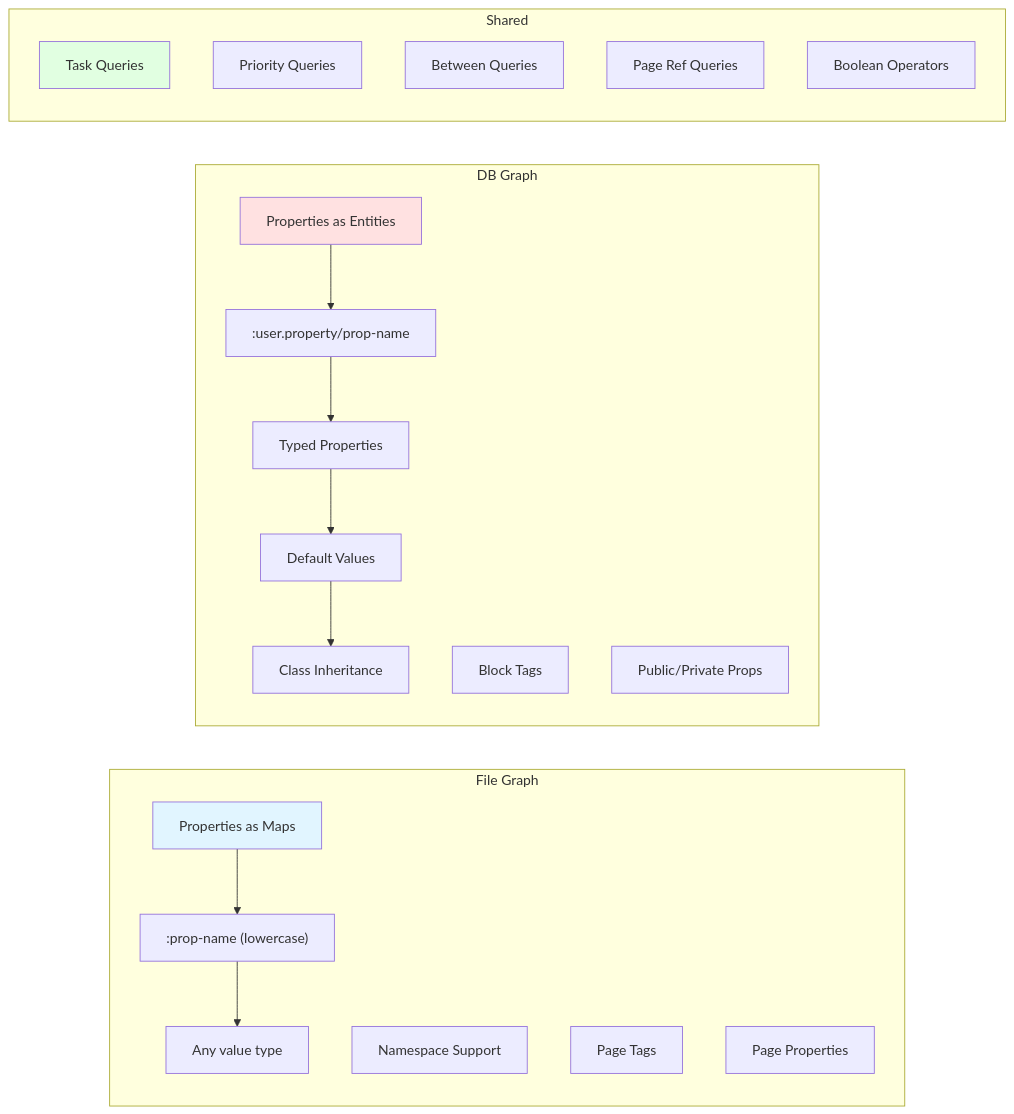
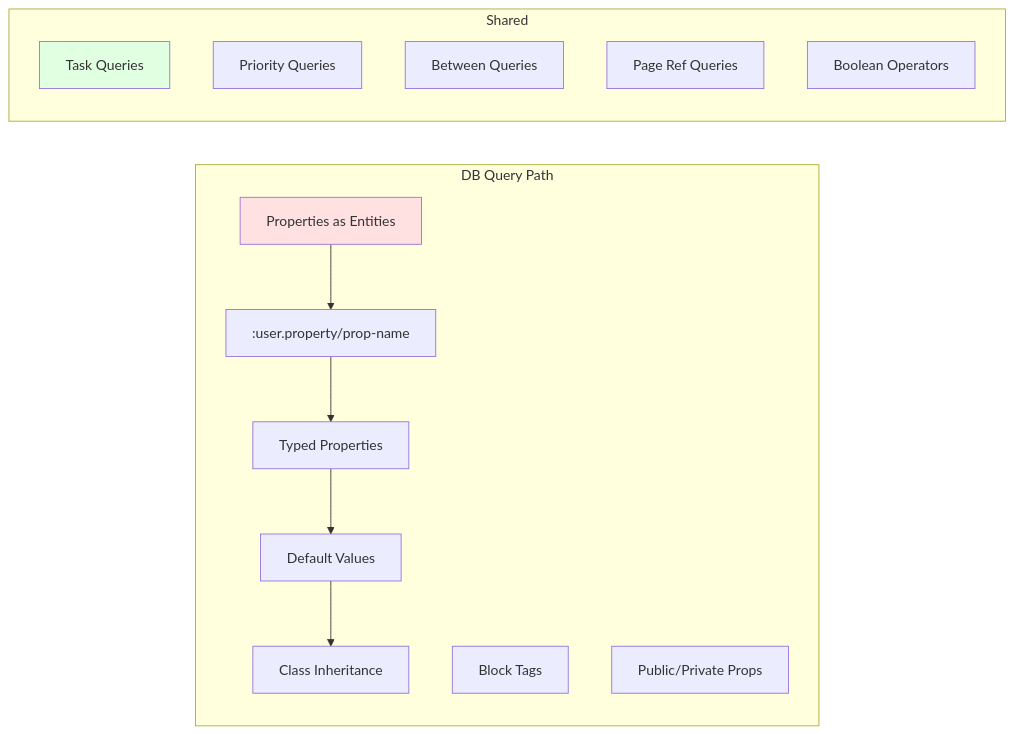
Before and after one commit to hdansou/logseq: the fourth of 9 diagrams in dz/docs/03-features/query-system/developer-guide.md, drawn with Mermaid. The commit also changed other lines of this file and 140 other files, not shown here.

````diff
--- a/dz/docs/03-features/query-system/developer-guide.md
+++ b/dz/docs/03-features/query-system/developer-guide.md
@@ -868,33 +794,23 @@
 ```mermaid
 graph LR
-    subgraph "File Graph"
-        FP[Properties as Maps]
-        FP --> FK[":prop-name (lowercase)"]
-        FK --> FV["Any value type"]
-        FN[Namespace Support]
-        FPT[Page Tags]
-        FPP[Page Properties]
-    end
-
-    subgraph "DB Graph"
+    subgraph "DB Query Path"
         DP[Properties as Entities]
         DP --> DK[":user.property/prop-name"]
         DK --> DT[Typed Properties]
         DT --> DDV[Default Values]
         DDV --> DC[Class Inheritance]
         DBT[Block Tags]
         DPR[Public/Private Props]
     end
 
     subgraph "Shared"
         S1[Task Queries]
         S2[Priority Queries]
         S3[Between Queries]
         S4[Page Ref Queries]
         S5[Boolean Operators]
     end
 
-    style FP fill:#e1f5ff
     style DP fill:#ffe1e1
     style S1 fill:#e1ffe1
 ```
````
